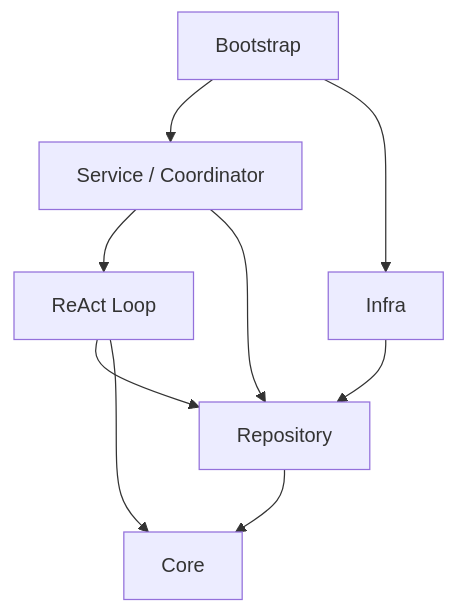
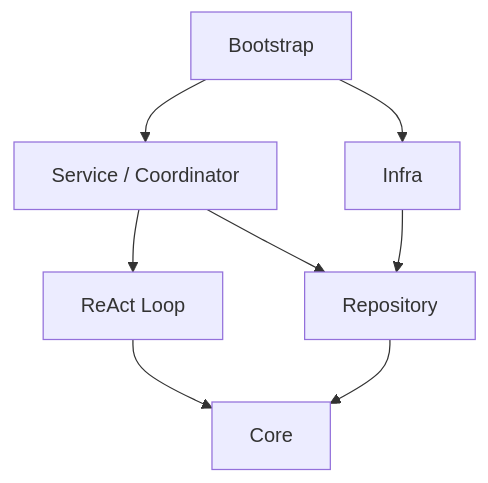
The diagram in .architecture/architecture.md (architectcgz/Praxis), drawn with Mermaid before and after one commit. The commit also changed other lines of this file and 74 other files, not shown here.

````diff
--- a/.architecture/architecture.md
+++ b/.architecture/architecture.md
@@ -48,11 +49,10 @@
 ```mermaid
 flowchart TD
     Boot["Bootstrap"] --> Services["Service / Coordinator"]
     Boot --> Infra["Infra"]
     Services --> Loop["ReAct Loop"]
     Services --> Repo["Repository"]
-    Loop --> Repo
     Infra --> Repo
     Repo --> Core["Core"]
     Loop --> Core
 ```
````
